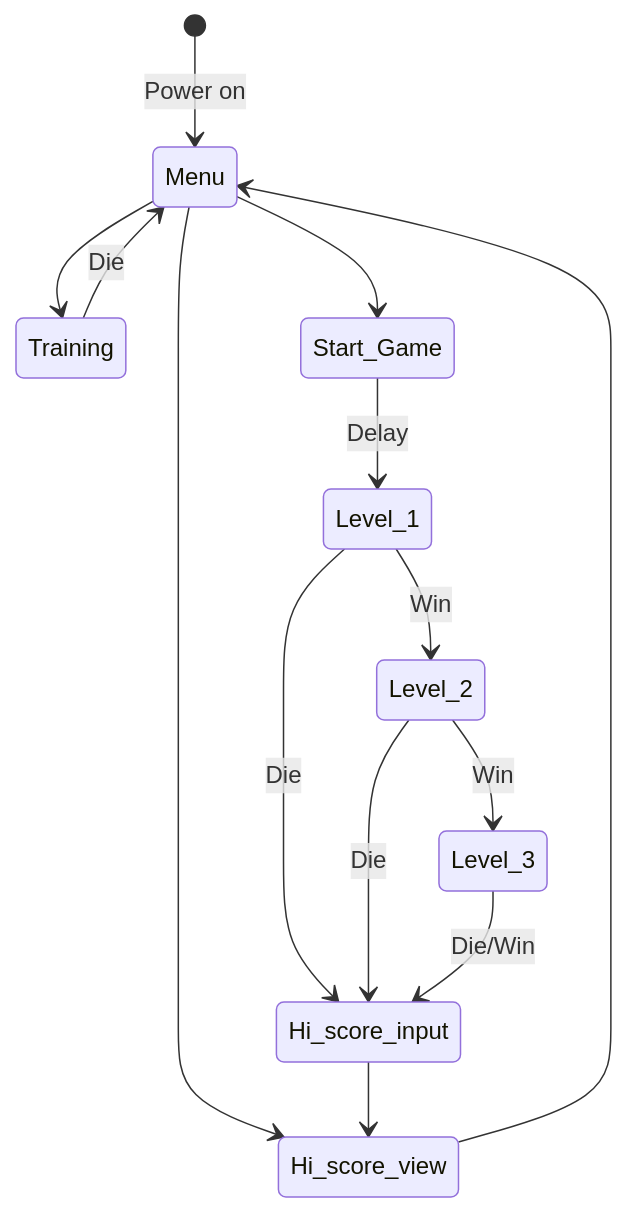
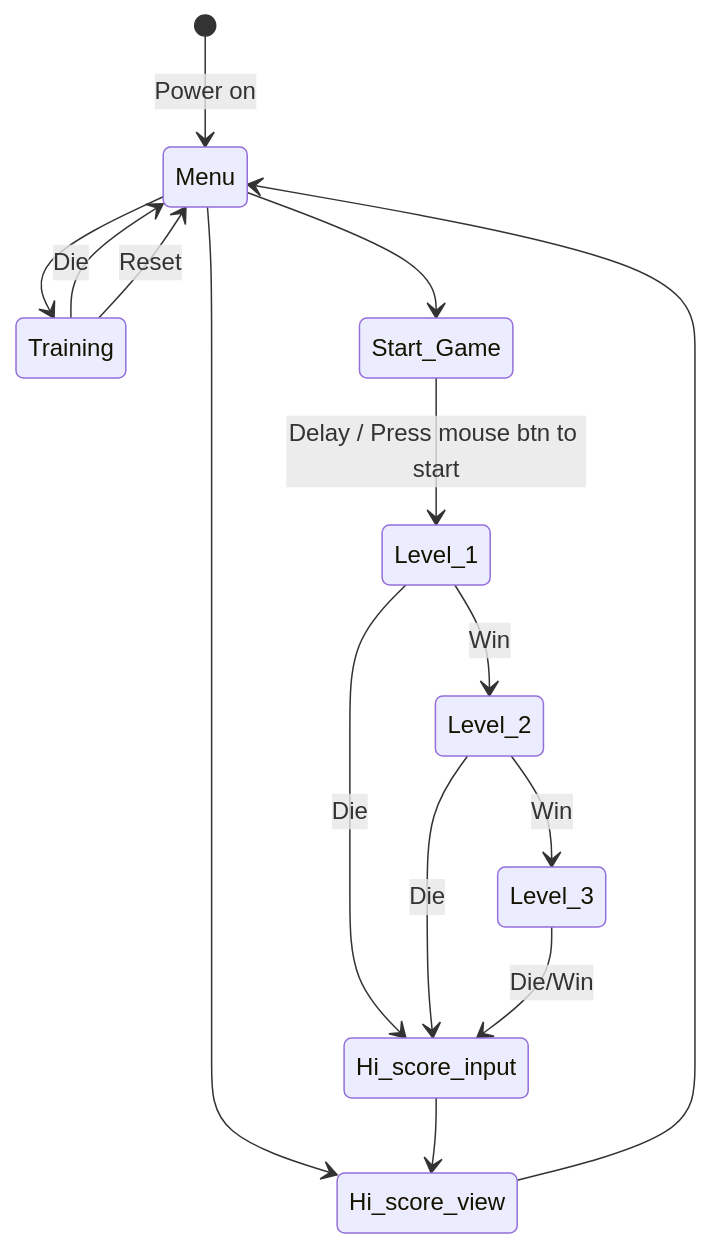
Before and after one commit to ShaunKyle/FPGA-Flappy-Bird: the diagram in docs/controller_state-machine.mmd, drawn with Mermaid. The commit also changed 2 other files, not shown here.

```diff
--- a/docs/controller_state-machine.mmd
+++ b/docs/controller_state-machine.mmd
@@ -1,21 +1,22 @@
 stateDiagram
     [*] --> Menu : Power on
     Menu --> Training
     Menu --> Start_Game
-    Menu --> Hi_score_view
+    Menu --> Hi_score_view 
 
     Training --> Menu : Die
+    Training --> Menu : Reset
 
 
-    Start_Game --> Level_1 : Delay
+    Start_Game --> Level_1 : Delay / Press mouse btn to start
     Level_1 --> Level_2 : Win
     Level_2 --> Level_3 : Win
     
 
     Level_1 --> Hi_score_input : Die
     Level_2 --> Hi_score_input : Die
     Level_3 --> Hi_score_input : Die/Win
 
     Hi_score_input --> Hi_score_view
 
     Hi_score_view --> Menu
```
